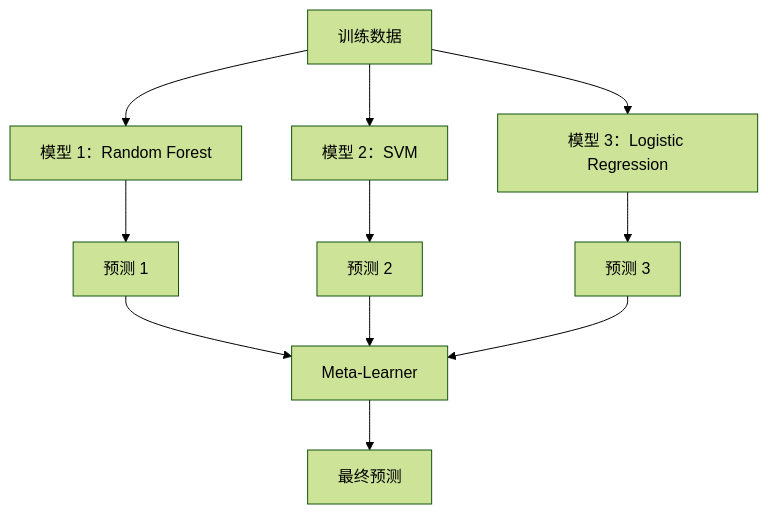
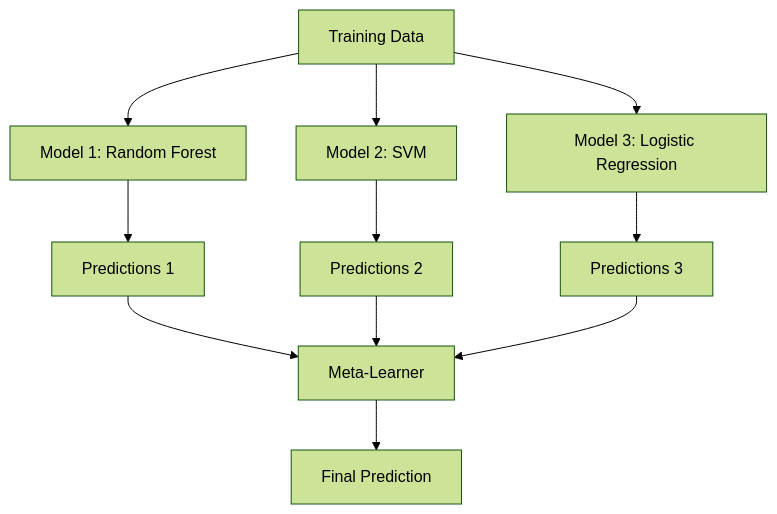
The third of 3 diagrams in i18n/zh/phases/02-ml-fundamentals/11-ensemble-methods/docs/zh.md (xiaojiaenen/ai-engineering-from-scratch-zh), drawn with Mermaid (forest theme) before and after one commit. The commit also changed other lines of this file and 18 other files, not shown here.

````diff
--- a/i18n/zh/phases/02-ml-fundamentals/11-ensemble-methods/docs/zh.md
+++ b/i18n/zh/phases/02-ml-fundamentals/11-ensemble-methods/docs/zh.md
@@ -156,16 +156,16 @@
 ```mermaid
 flowchart TD
-    D[训练数据] --> M1[模型 1：Random Forest]
-    D --> M2[模型 2：SVM]
-    D --> M3[模型 3：Logistic Regression]
+    D[Training Data] --> M1[Model 1: Random Forest]
+    D --> M2[Model 2: SVM]
+    D --> M3[Model 3: Logistic Regression]
 
-    M1 --> P1[预测 1]
-    M2 --> P2[预测 2]
-    M3 --> P3[预测 3]
+    M1 --> P1[Predictions 1]
+    M2 --> P2[Predictions 2]
+    M3 --> P3[Predictions 3]
 
     P1 --> META[Meta-Learner]
     P2 --> META
     P3 --> META
 
-    META --> F[最终预测]
+    META --> F[Final Prediction]
 ```
````
